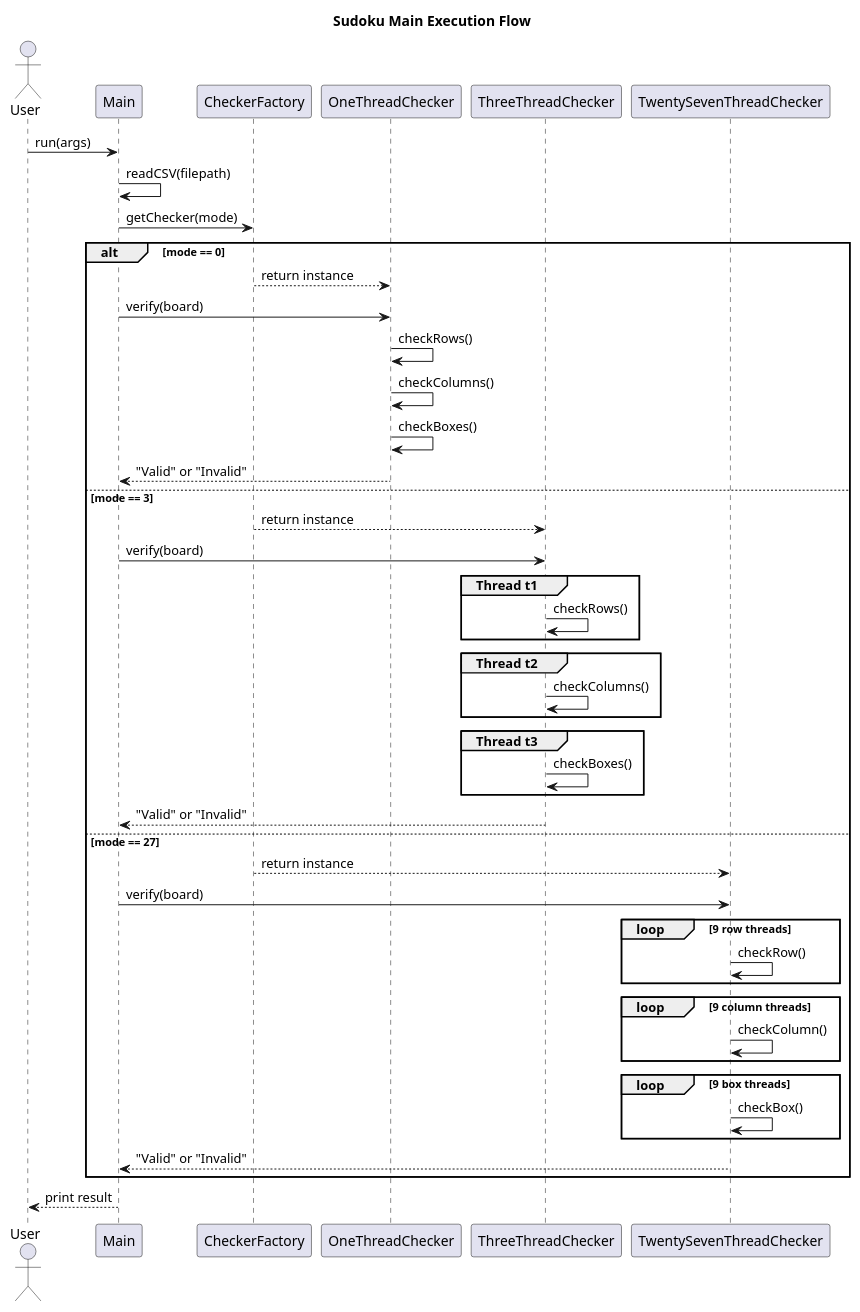
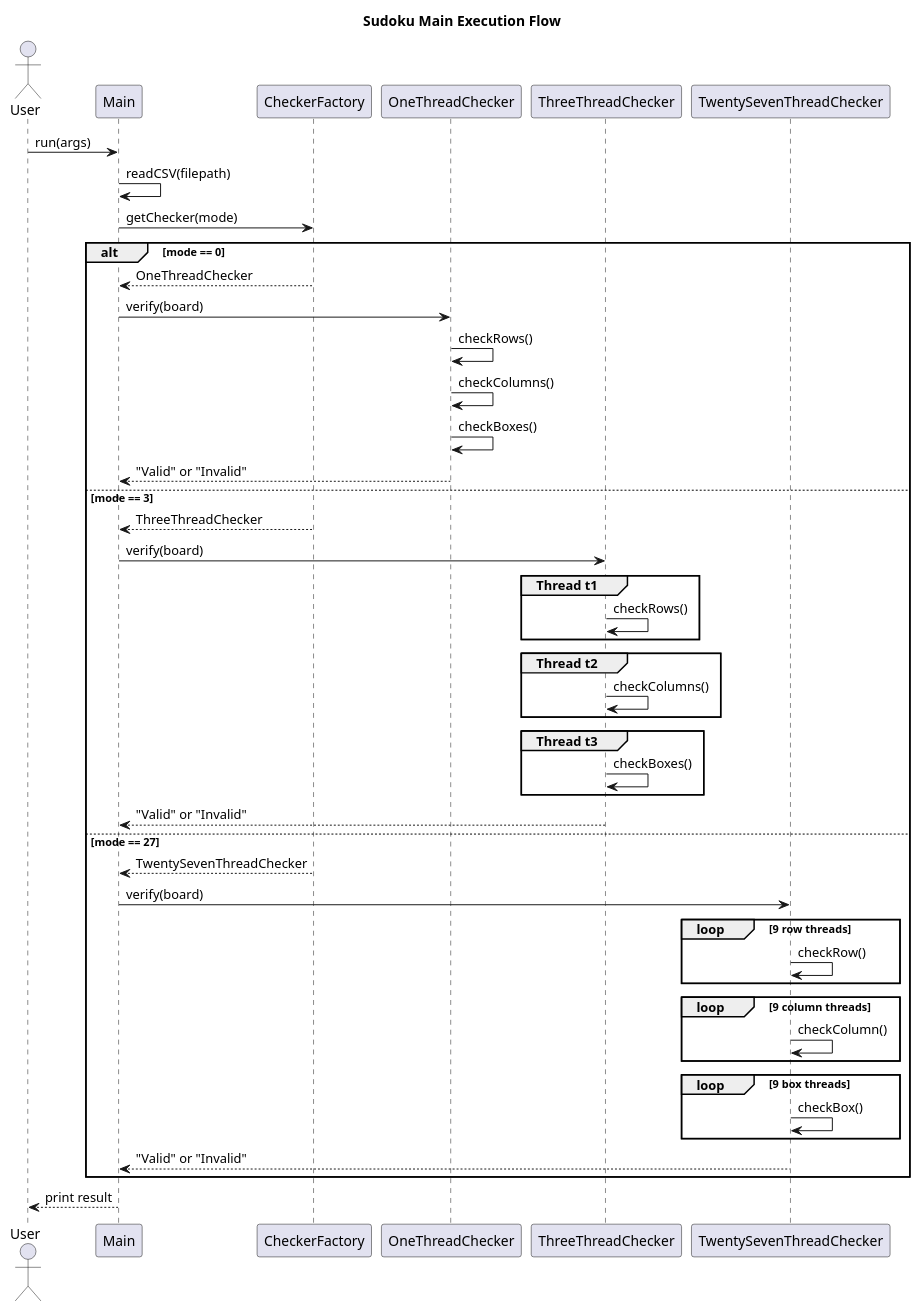
One commit to Heba2627/Sudoku changed the diagram in src/Sudoku2.puml. Above: the diagram before and after it, drawn with PlantUML.

Commit message:
Update sequence diagram

```diff
--- a/src/Sudoku2.puml
+++ b/src/Sudoku2.puml
@@ -1,56 +1,56 @@
 @startuml
 title Sudoku Main Execution Flow
 
 actor User
 User -> Main : run(args)
 
 Main -> Main : readCSV(filepath)
 Main -> CheckerFactory : getChecker(mode)
 
 alt mode == 0
-    CheckerFactory --> OneThreadChecker : return instance
+    CheckerFactory --> Main : OneThreadChecker
     Main -> OneThreadChecker : verify(board)
     OneThreadChecker -> OneThreadChecker : checkRows()
     OneThreadChecker -> OneThreadChecker : checkColumns()
     OneThreadChecker -> OneThreadChecker : checkBoxes()
     OneThreadChecker --> Main : "Valid" or "Invalid"
 
 else mode == 3
-    CheckerFactory --> ThreeThreadChecker : return instance
+    CheckerFactory --> Main : ThreeThreadChecker
     Main -> ThreeThreadChecker : verify(board)
 
     group Thread t1
         ThreeThreadChecker -> ThreeThreadChecker : checkRows()
     end
 
     group Thread t2
         ThreeThreadChecker -> ThreeThreadChecker : checkColumns()
     end
 
     group Thread t3
         ThreeThreadChecker -> ThreeThreadChecker : checkBoxes()
     end
 
     ThreeThreadChecker --> Main : "Valid" or "Invalid"
 
 else mode == 27
-    CheckerFactory --> TwentySevenThreadChecker : return instance
+    CheckerFactory --> Main : TwentySevenThreadChecker
     Main -> TwentySevenThreadChecker : verify(board)
 
     loop 9 row threads
         TwentySevenThreadChecker -> TwentySevenThreadChecker : checkRow()
     end
 
     loop 9 column threads
         TwentySevenThreadChecker -> TwentySevenThreadChecker : checkColumn()
     end
 
     loop 9 box threads
         TwentySevenThreadChecker -> TwentySevenThreadChecker : checkBox()
     end
 
     TwentySevenThreadChecker --> Main : "Valid" or "Invalid"
 end
 
 Main --> User : print result
 @enduml
```
